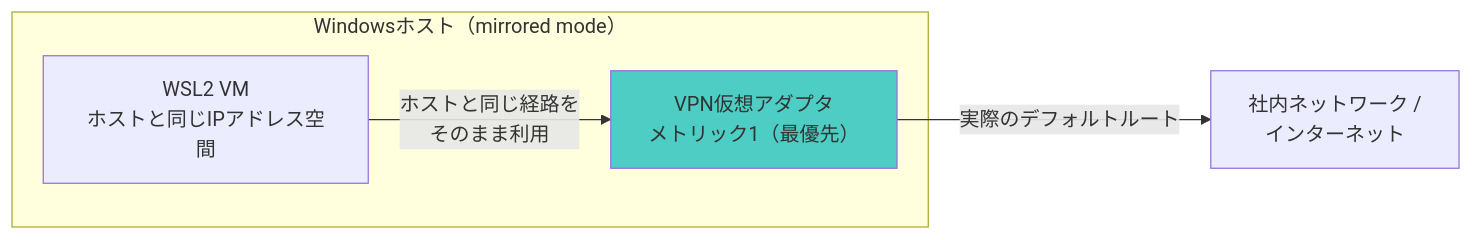
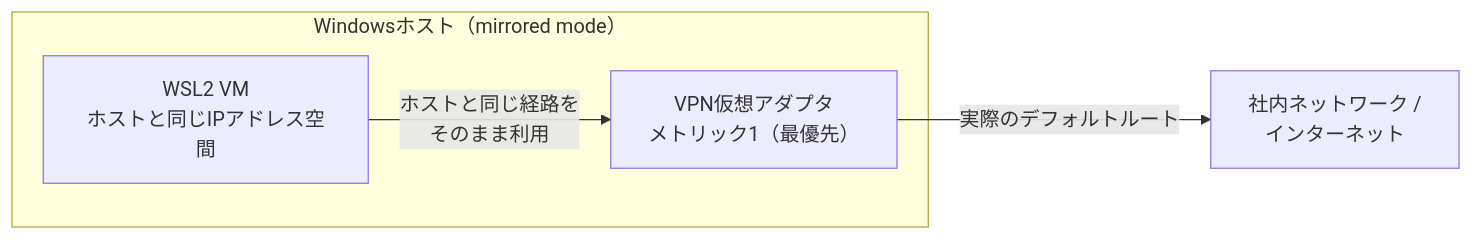
Before and after one commit to duwenji/windows-wsl-docker-tutorial: the second of 2 diagrams in docs/04-networking-deep-dive/03-wsl2-network-modes.md, drawn with Mermaid. The commit also changed other lines of this file and 1 other file, not shown here.

First line of the commit message:
docs: reformat tables and simplify mermaid diagram styling

````diff
--- a/docs/04-networking-deep-dive/03-wsl2-network-modes.md
+++ b/docs/04-networking-deep-dive/03-wsl2-network-modes.md
@@ -111,11 +108,9 @@
 ```mermaid
 flowchart LR
     subgraph Host["Windowsホスト（mirrored mode）"]
         WSL["WSL2 VM<br/>ホストと同じIPアドレス空間"]
         VPNAdapter["VPN仮想アダプタ<br/>メトリック1（最優先）"]
     end
     WSL -->|"ホストと同じ経路を<br/>そのまま利用"| VPNAdapter
     VPNAdapter -->|"実際のデフォルトルート"| Internet["社内ネットワーク /<br/>インターネット"]
-
-    style VPNAdapter fill:#4ECDC4
 ```
````
